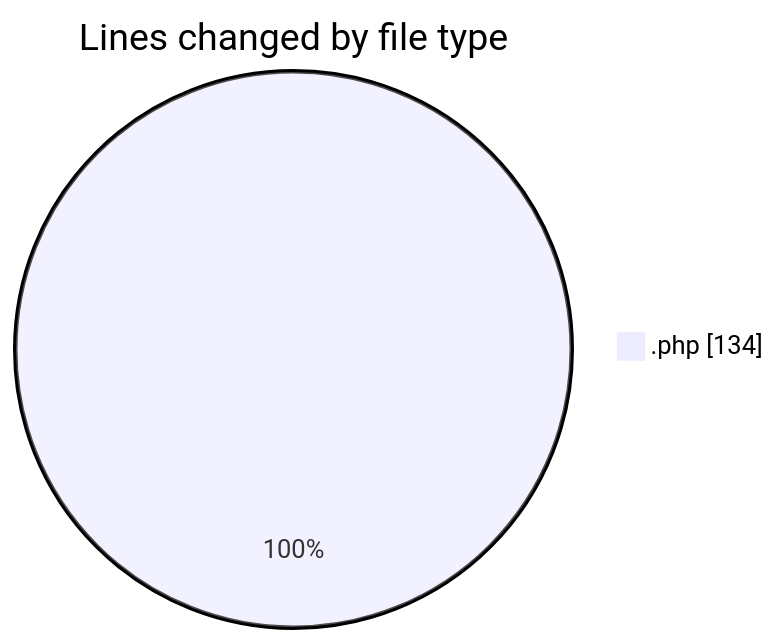
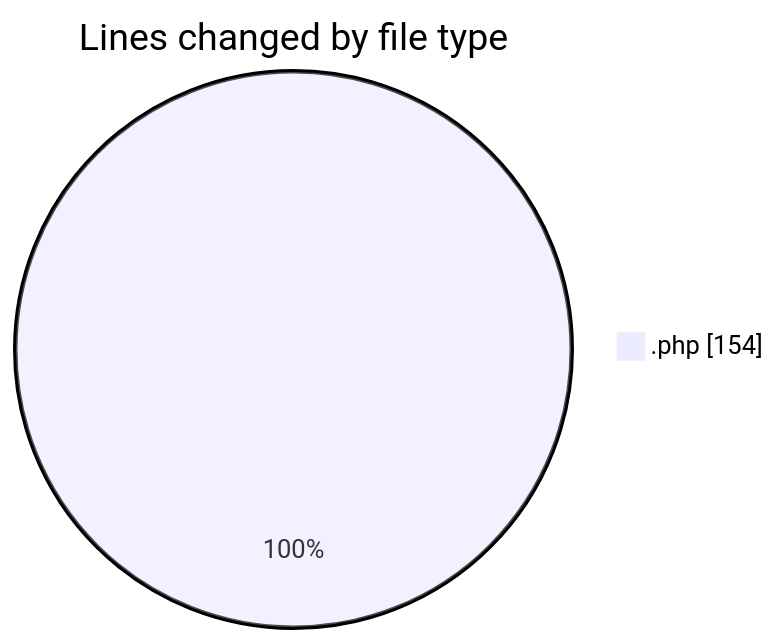
Before and after one commit to LanceThiago/code-tracking: the first of 2 diagrams in 2025-03-25/kml/README.md, drawn with Mermaid. The commit also changed other lines of this file and 1 other file, not shown here.

````diff
--- a/2025-03-25/kml/README.md
+++ b/2025-03-25/kml/README.md
@@ -20,5 +20,5 @@
 ```mermaid
 pie showData
 title Lines changed by file type
-".php" : 134
+".php" : 154
 ```
````
